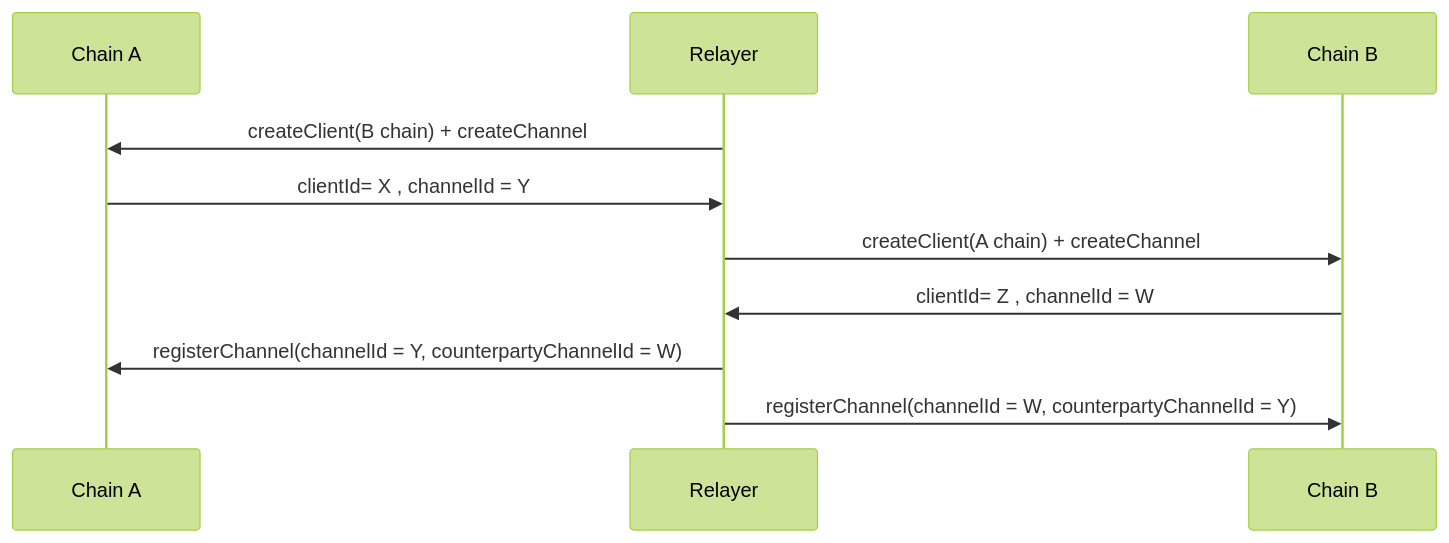
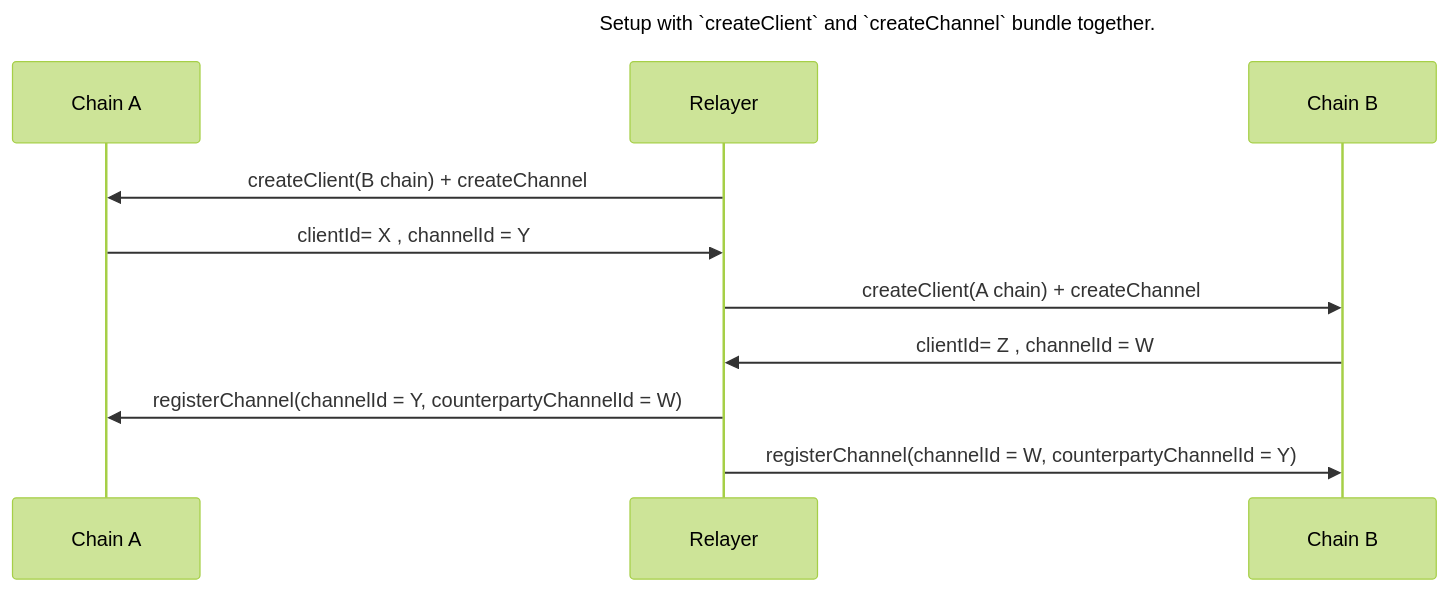
Before and after one commit to cosmos/ibc: the first of 5 diagrams in spec/core/v2/ics-004-packet-semantics/README.md, drawn with Mermaid (forest theme). The commit also changed other lines of this file, not shown here.

Commit message:
setup fixes

````diff
--- a/spec/core/v2/ics-004-packet-semantics/README.md
+++ b/spec/core/v2/ics-004-packet-semantics/README.md
@@ -238,12 +237,15 @@
 ```mermaid
+---
+title: Setup with `createClient` and `createChannel` bundle together.  
+---
 sequenceDiagram  
     Participant Chain A
     Participant Relayer 
     Participant Chain B
     Relayer ->> Chain A : createClient(B chain) + createChannel
     Chain A ->> Relayer : clientId= X , channelId = Y
     Relayer ->> Chain B : createClient(A chain) + createChannel
     Chain B ->> Relayer : clientId= Z , channelId = W
     Relayer ->> Chain A : registerChannel(channelId = Y, counterpartyChannelId = W)
     Relayer ->> Chain B : registerChannel(channelId = W, counterpartyChannelId = Y) 
 ```
````
